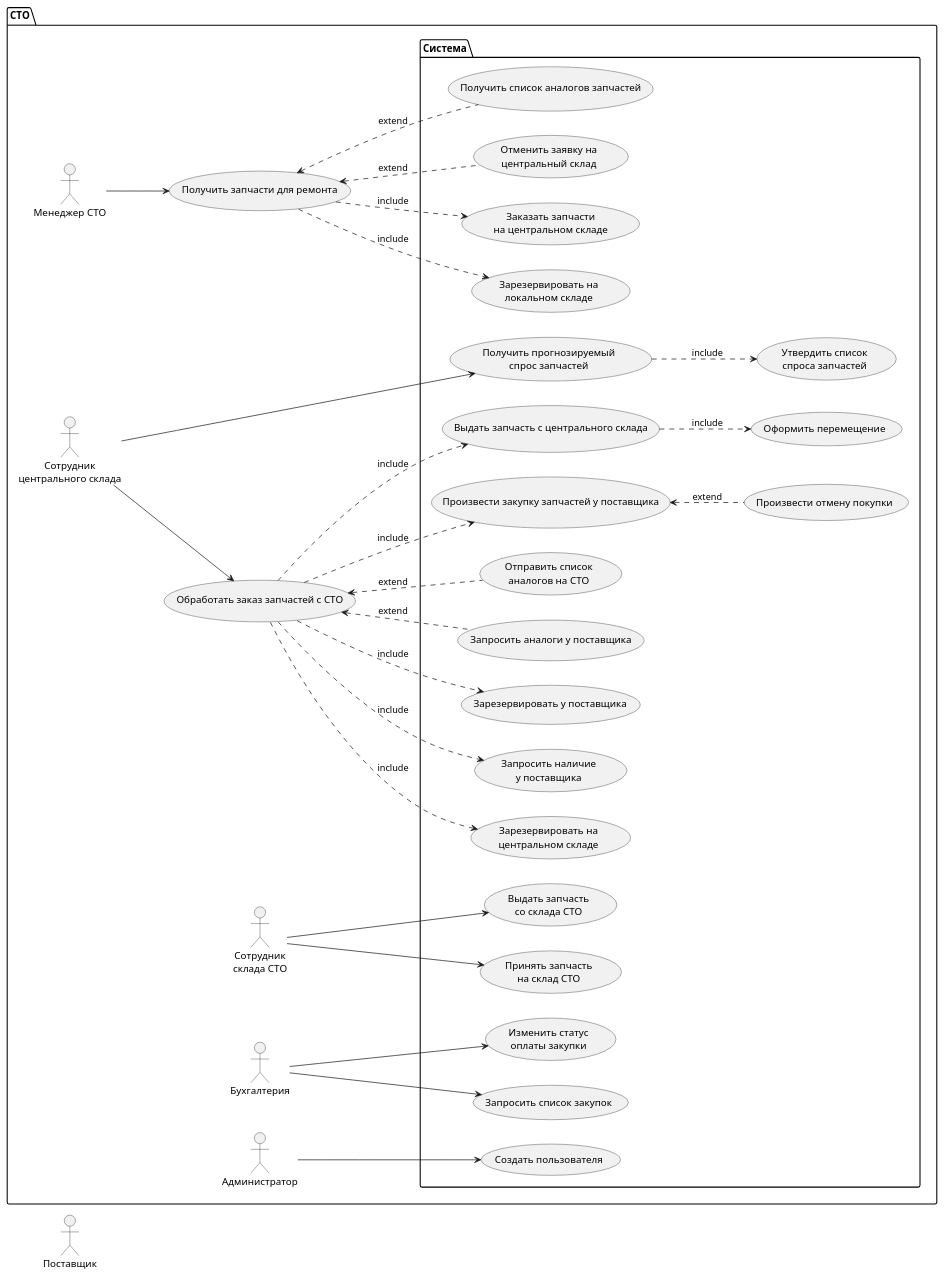
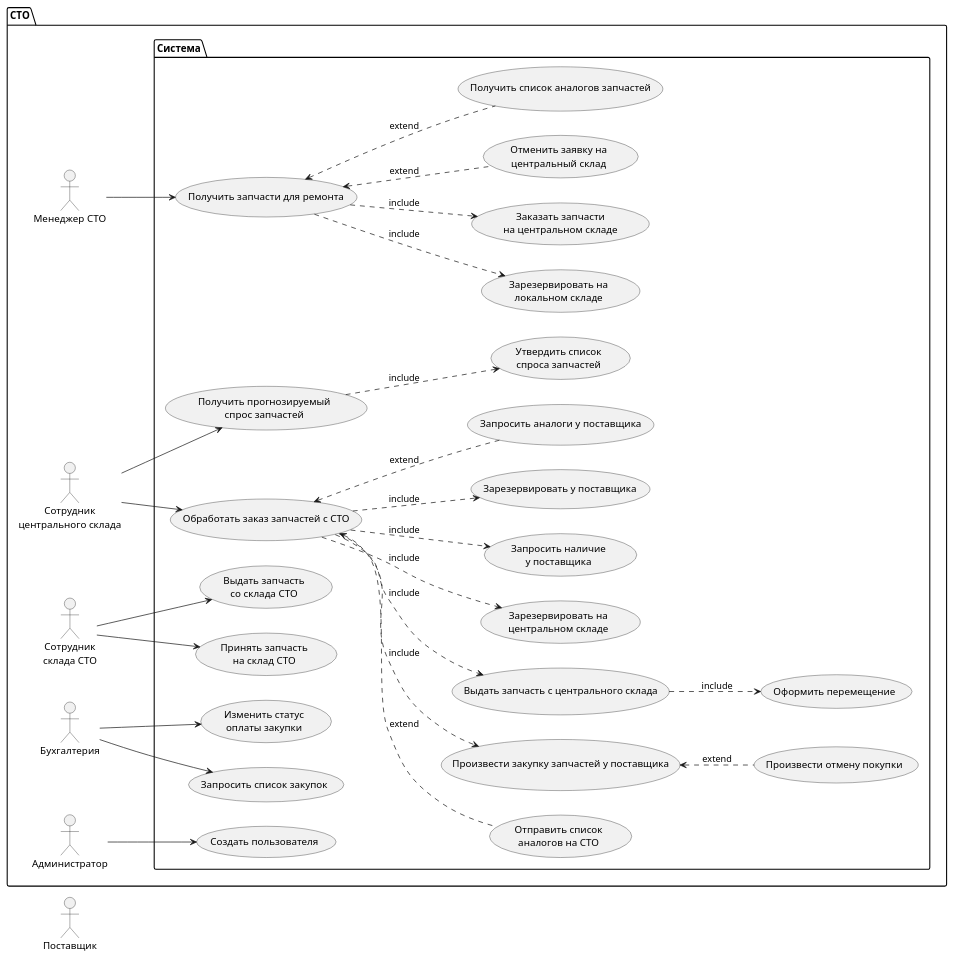
Before and after one commit to aapoplavskii/Project_Otus_SA: the diagram in usecase.plantuml, drawn with PlantUML. The commit also changed 2 other files, not shown here.

Commit message:
исправил диаграмму usecase

```diff
--- a/usecase.plantuml
+++ b/usecase.plantuml
@@ -1,87 +1,84 @@
 @startuml Domaine modele
 left to right direction
 skinparam DefaultTextAlignment center
 
     actor Поставщик as provider
 
     package СТО {
                
     actor :Менеджер СТО: as manager
     actor :Сотрудник\nцентрального склада: as sklad
     actor :Сотрудник\nсклада СТО: as skladsto 
     actor :Бухгалтерия: as buh
     actor :Администратор: as admin
-    
+            
+        package Система {            
 
-    usecase "Получить запчасти для ремонта" as zakaz
+            usecase "Получить запчасти для ремонта" as zakaz
 
-    usecase "Обработать заказ запчастей с СТО" as processorder 
-
-    
-        
-        package Система {            
+            usecase "Обработать заказ запчастей с СТО" as processorder 
 
             usecase "Зарезервировать на\nлокальном складе" as reservlocal
             usecase "Заказать запчасти\nна центральном складе" as app            
             usecase "Отменить заявку на\nцентральный склад" as cancelapp
             usecase "Получить список аналогов запчастей" as getanalog
             
 
             usecase "Принять запчасть\nна склад СТО" as accept
             usecase "Выдать запчасть\nсо склада СТО" as issuesto
 
             
             usecase "Зарезервировать на\nцентральном складе" as reservcenter
             usecase "Запросить наличие\nу поставщика" as zakazdealer
             usecase "Зарезервировать у поставщика" as reservdealer
             usecase "Запросить аналоги у поставщика" as getanalogdealer
             usecase "Отправить список\nаналогов на СТО" as sendanalogdealer
             usecase "Произвести закупку запчастей у поставщика" as purchase
             usecase "Произвести отмену покупки" as cancelpurchase
             usecase "Принять запчасть\nна центральный склад" as issuecenter
             usecase "Оформить перемещение" as senddelivery
             usecase "Выдать запчасть с центрального склада" as issuecenter 
 
             usecase "Получить прогнозируемый\nспрос запчастей" as getforecast
 
             usecase "Утвердить список\nспроса запчастей" as signforecast
 
             usecase "Запросить список закупок" as getlistpurchase
             usecase "Изменить статус\nоплаты закупки" as patchpurchase
 
             usecase "Создать пользователя" as adduser
                     
         }    
 
     manager --> zakaz
     zakaz ..> reservlocal : include
     zakaz <.. cancelapp : extend 
     zakaz <.. getanalog : extend
     zakaz ..> app : include
     
     skladsto --> accept
     skladsto --> issuesto
     
     sklad --> processorder
     processorder ..> purchase : include
 
+    processorder <.. sendanalogdealer : extend 
     processorder ..> reservcenter : include
     processorder ..> zakazdealer : include
     processorder ..> reservdealer : include
-    processorder <.. getanalogdealer : extend
-    processorder <.. sendanalogdealer : extend 
+    processorder <.. getanalogdealer : extend    
     processorder ..> issuecenter : include 
     issuecenter ..> senddelivery : include
 
     purchase <.. cancelpurchase : extend 
 
     sklad --> getforecast
     getforecast ..> signforecast : include 
 
     buh --> getlistpurchase
     buh --> patchpurchase
 
     admin --> adduser
    
     }
 @enduml
```
